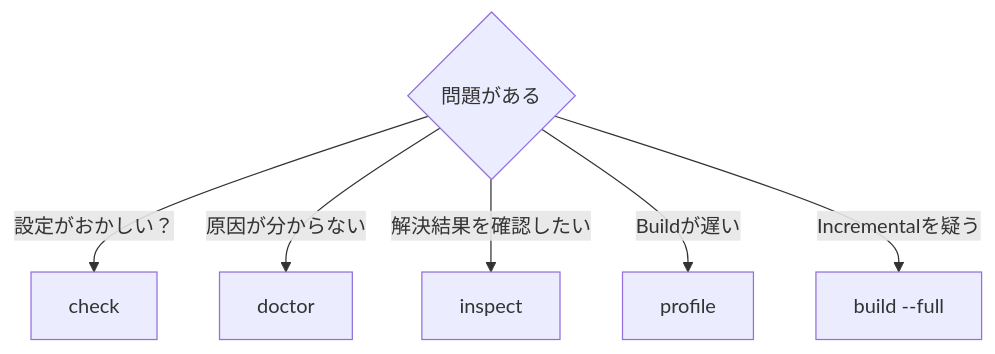
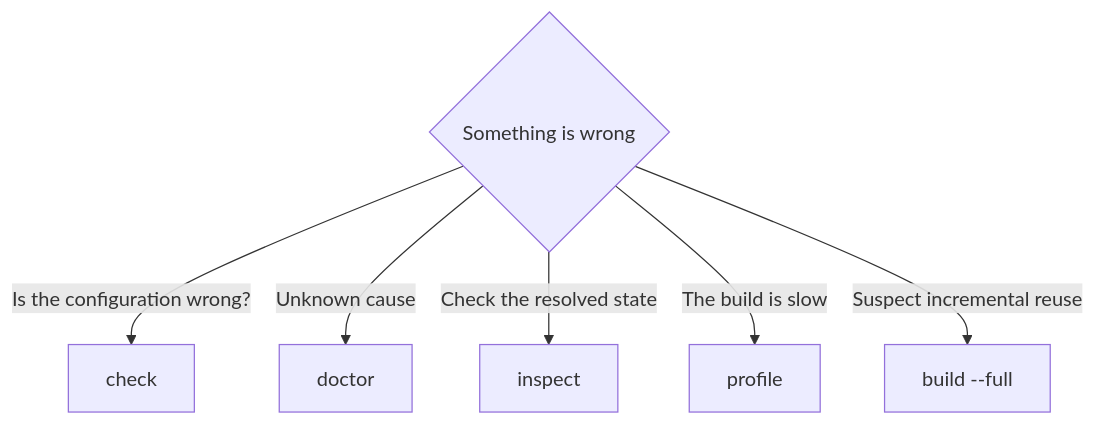
Before and after one commit to Rerurate514/riebeckite: the sixth of 6 diagrams in docs/docs/reference/cli.md, drawn with Mermaid. The commit also changed other lines of this file and 604 other files, not shown here.

````diff
--- a/docs/docs/reference/cli.md
+++ b/docs/docs/reference/cli.md
@@ -581,10 +472,10 @@
-```mermaid id="9g1nvs"
+```mermaid
 flowchart TD
-    Problem{"問題がある"}
+    Problem{"Something is wrong"}
 
-    Problem -->|"設定がおかしい？"| Check["check"]
-    Problem -->|"原因が分からない"| Doctor["doctor"]
-    Problem -->|"解決結果を確認したい"| Inspect["inspect"]
-    Problem -->|"Buildが遅い"| Profile["profile"]
-    Problem -->|"Incrementalを疑う"| Full["build --full"]
+    Problem -->|"Is the configuration wrong?"| Check["check"]
+    Problem -->|"Unknown cause"| Doctor["doctor"]
+    Problem -->|"Check the resolved state"| Inspect["inspect"]
+    Problem -->|"The build is slow"| Profile["profile"]
+    Problem -->|"Suspect incremental reuse"| Full["build --full"]
 ```
````
